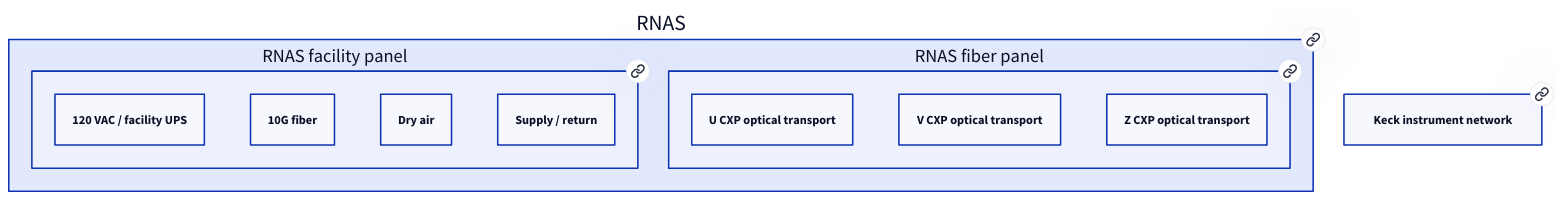
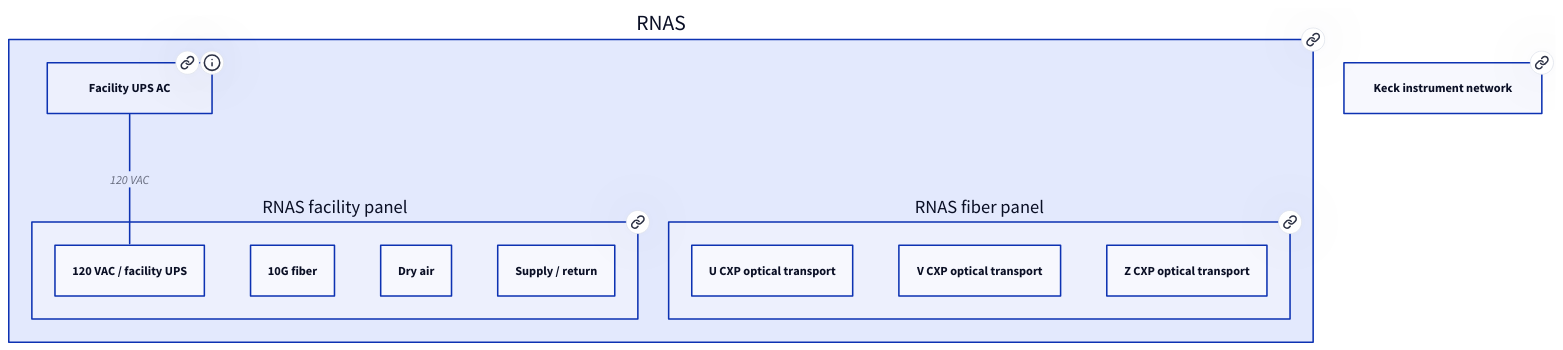
One commit to baileyji/zshooter_d2 changed the diagram in model/facilities.d2. Above: the diagram before and after it, drawn with D2. The commit also changed 32 other files, not shown here.

```diff
--- a/model/facilities.d2
+++ b/model/facilities.d2
@@ -1,23 +1,25 @@
 rnas: {
   label: "RNAS"
   class: room
   link: "../../controls/harnesses/zfront.html"
   panel: {
     label: "RNAS facility panel"
     class: panel
     link: "../../controls/harnesses/zfront.html#rnas-to-zfront-ebox"
     AC: "120 VAC / facility UPS"
     NET: "10G fiber"
     AIR: "Dry air"
     GLYCOL: "Supply / return"
   }
+  ac_feed: {label: "Facility UPS AC"; class: utility; link: "../../controls/harnesses/power.html"; tooltip: "120 VAC facility feed to the RNAS panel."}
+  ac_feed -- panel.AC: {class: [power; power_feed]; label: "120 VAC"}
   fiber_panel: {
     label: "RNAS fiber panel"
     class: panel
     link: "../../controls/harnesses/zimager.html#detector-readout"
     U: "U CXP optical transport"
     V: "V CXP optical transport"
     Z: "Z CXP optical transport"
   }
 }
 facility_network: {label: "Keck instrument network"; class: computer; link: "../../controls/harnesses/networking.html"}
```
